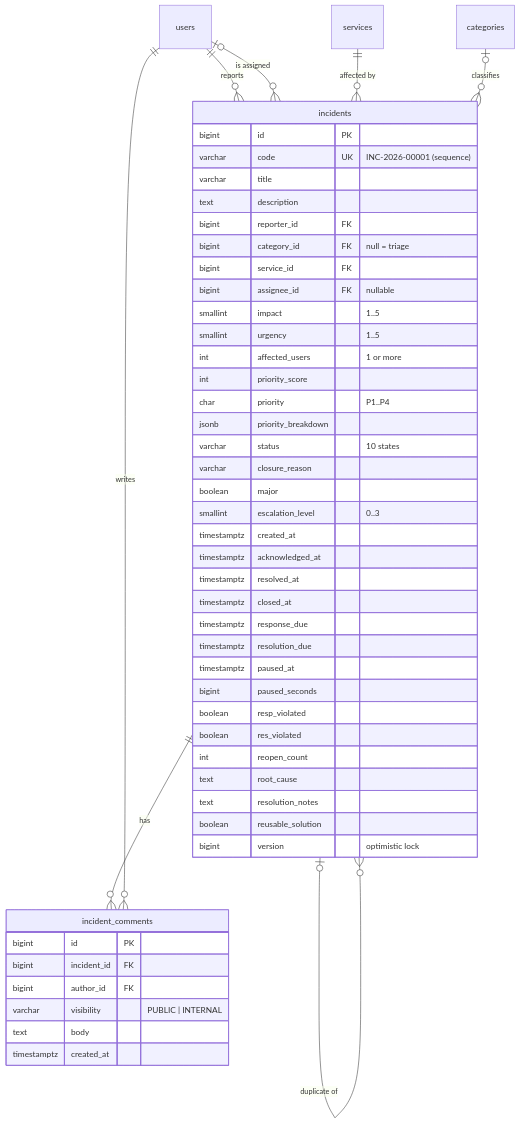
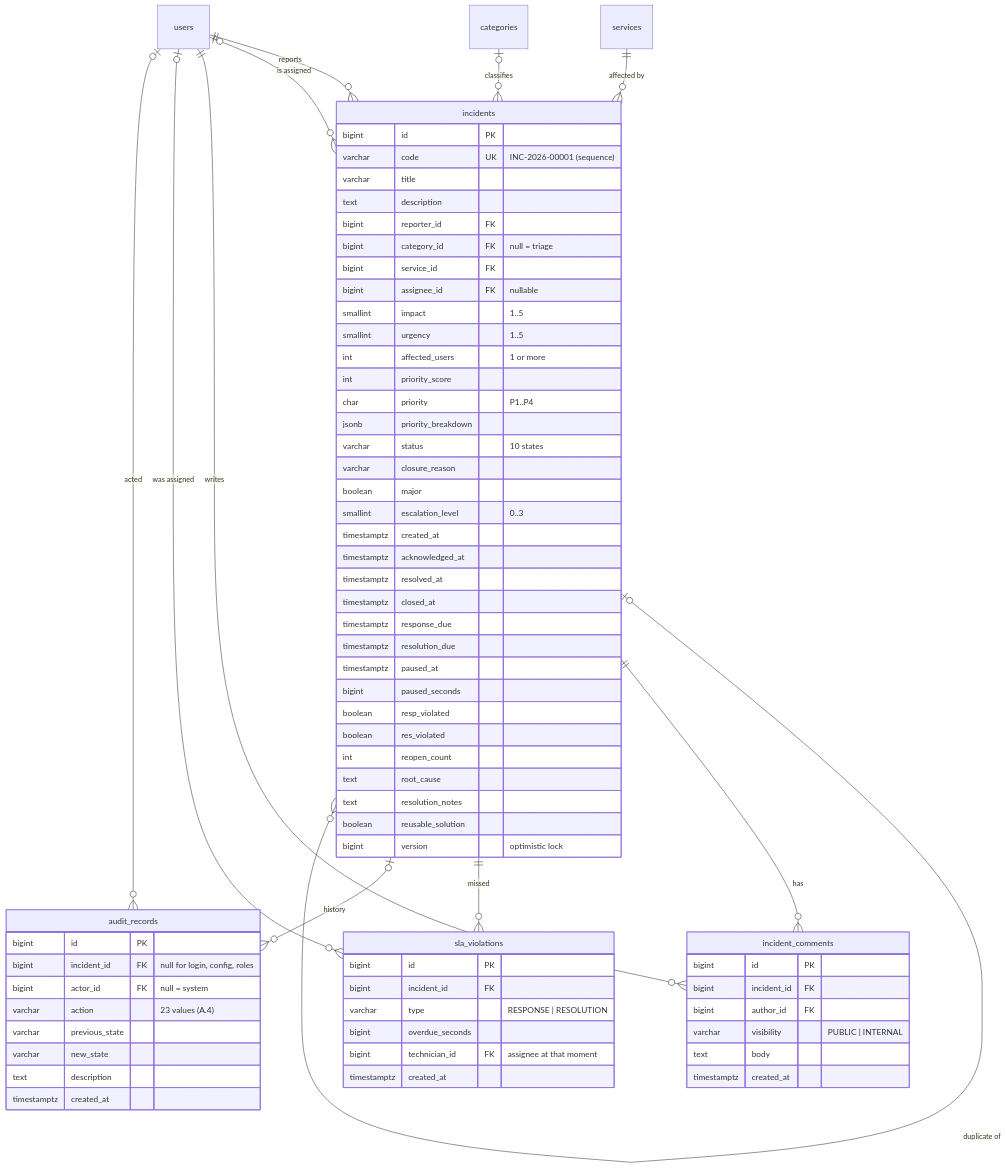
Diagram 24 of 25 in docs/SYSTEM_GUIDE.md (sanay7-devv/Frusk-OOPs-Project), drawn with Mermaid before and after one commit. The commit also changed other lines of this file and 50 other files, not shown here.

First line of the commit message:
feat: M7 SLA monitor, M8 events and audit trail, published API contract

````diff
--- a/docs/SYSTEM_GUIDE.md
+++ b/docs/SYSTEM_GUIDE.md
@@ -1278,54 +1403,76 @@
 ```mermaid
 erDiagram
     users ||--o{ incidents : "reports"
     users |o--o{ incidents : "is assigned"
     services ||--o{ incidents : "affected by"
     categories |o--o{ incidents : "classifies"
     incidents |o--o{ incidents : "duplicate of"
     incidents ||--o{ incident_comments : "has"
     users ||--o{ incident_comments : "writes"
+    incidents ||--o{ sla_violations : "missed"
+    users |o--o{ sla_violations : "was assigned"
+    incidents |o--o{ audit_records : "history"
+    users |o--o{ audit_records : "acted"
 
     incidents {
         bigint id PK
         varchar code UK "INC-2026-00001 (sequence)"
         varchar title
         text description
         bigint reporter_id FK
         bigint category_id FK "null = triage"
         bigint service_id FK
         bigint assignee_id FK "nullable"
         smallint impact "1..5"
         smallint urgency "1..5"
         int affected_users "1 or more"
         int priority_score
         char priority "P1..P4"
         jsonb priority_breakdown
         varchar status "10 states"
         varchar closure_reason
         boolean major
         smallint escalation_level "0..3"
         timestamptz created_at
         timestamptz acknowledged_at
         timestamptz resolved_at
         timestamptz closed_at
         timestamptz response_due
         timestamptz resolution_due
         timestamptz paused_at
         bigint paused_seconds
         boolean resp_violated
         boolean res_violated
         int reopen_count
         text root_cause
         text resolution_notes
         boolean reusable_solution
         bigint version "optimistic lock"
     }
     incident_comments {
         bigint id PK
         bigint incident_id FK
         bigint author_id FK
         varchar visibility "PUBLIC | INTERNAL"
         text body
         timestamptz created_at
     }
+    sla_violations {
+        bigint id PK
+        bigint incident_id FK
+        varchar type "RESPONSE | RESOLUTION"
+        bigint overdue_seconds
+        bigint technician_id FK "assignee at that moment"
+        timestamptz created_at
+    }
+    audit_records {
+        bigint id PK
+        bigint incident_id FK "null for login, config, roles"
+        bigint actor_id FK "null = system"
+        varchar action "23 values (A.4)"
+        varchar previous_state
+        varchar new_state
+        text description
+        timestamptz created_at
+    }
 ```
````
